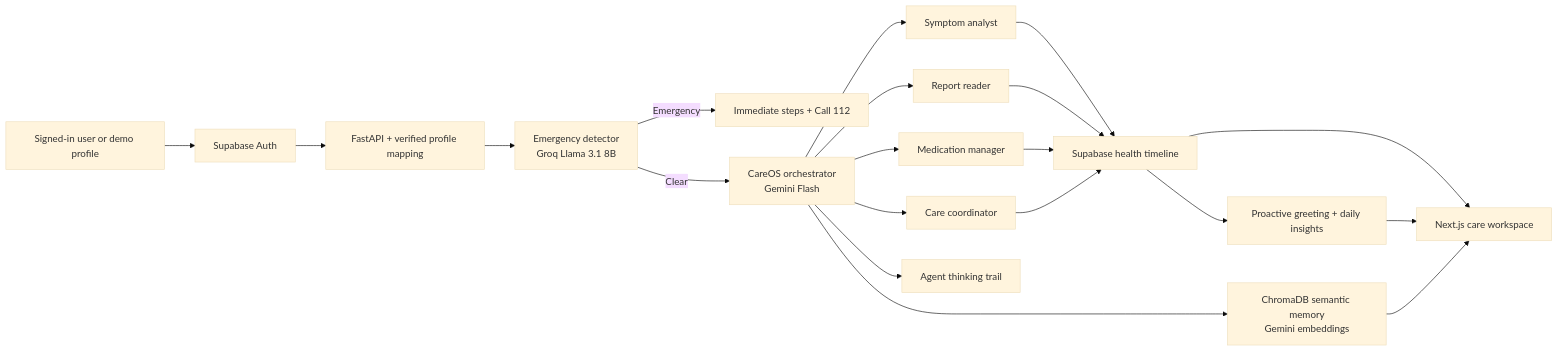
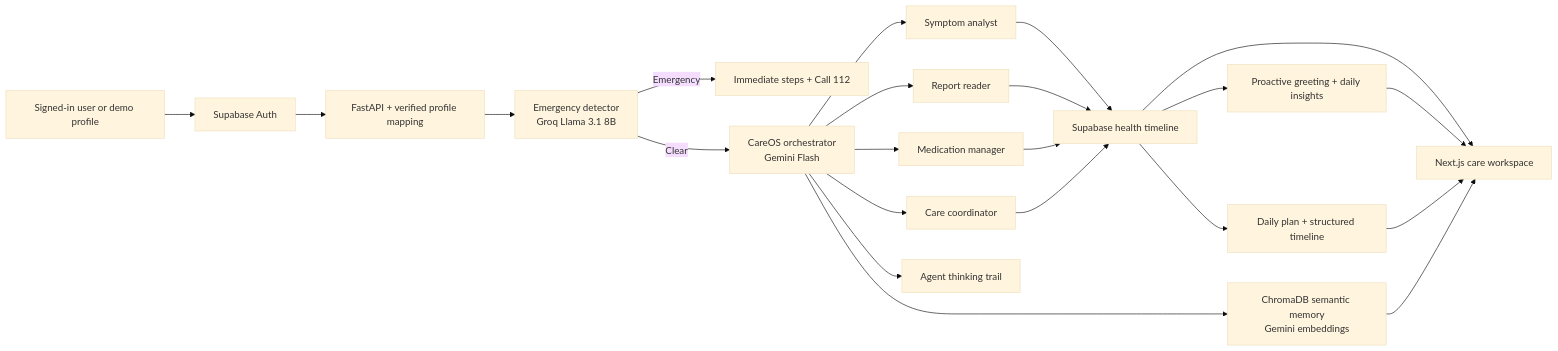
The first of 3 diagrams in README.md (Ayushstark/Far_Away), drawn with Mermaid (base theme) before and after one commit. The commit also changed other lines of this file and 1 other file, not shown here.

Commit message:
Document CareOS standout flow and static insight cards

````diff
--- a/README.md
+++ b/README.md
@@ -59,18 +63,20 @@
 ```mermaid
 flowchart LR
     U["Signed-in user or demo profile"] --> AUTH["Supabase Auth"]
     AUTH --> API["FastAPI + verified profile mapping"]
     API --> E["Emergency detector<br/>Groq Llama 3.1 8B"]
     E -->|Emergency| ALERT["Immediate steps + Call 112"]
     E -->|Clear| O["CareOS orchestrator<br/>Gemini Flash"]
     O --> S["Symptom analyst"]
     O --> R["Report reader"]
     O --> M["Medication manager"]
     O --> C["Care coordinator"]
     O --> TRAIL["Agent thinking trail"]
     S & R & M & C --> DB["Supabase health timeline"]
     O --> MEM["ChromaDB semantic memory<br/>Gemini embeddings"]
     DB & MEM --> UI["Next.js care workspace"]
     DB --> PRO["Proactive greeting + daily insights"]
+    DB --> PLAN["Daily plan + structured timeline"]
     PRO --> UI
+    PLAN --> UI
 ```
````
